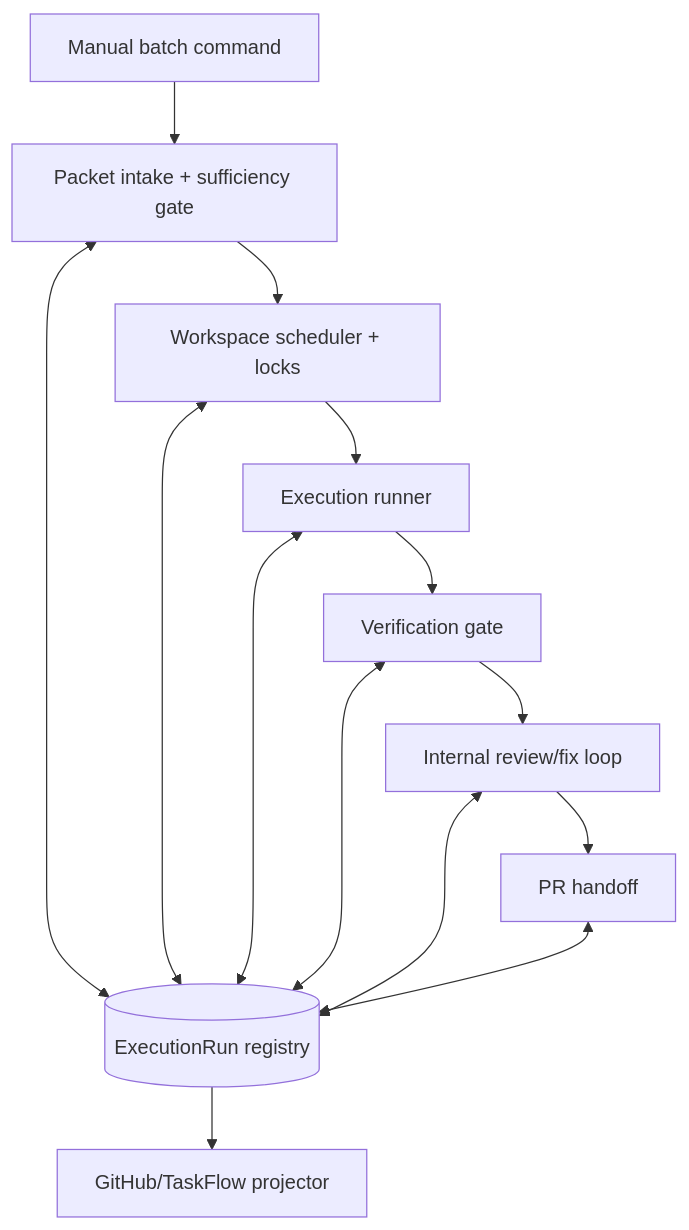
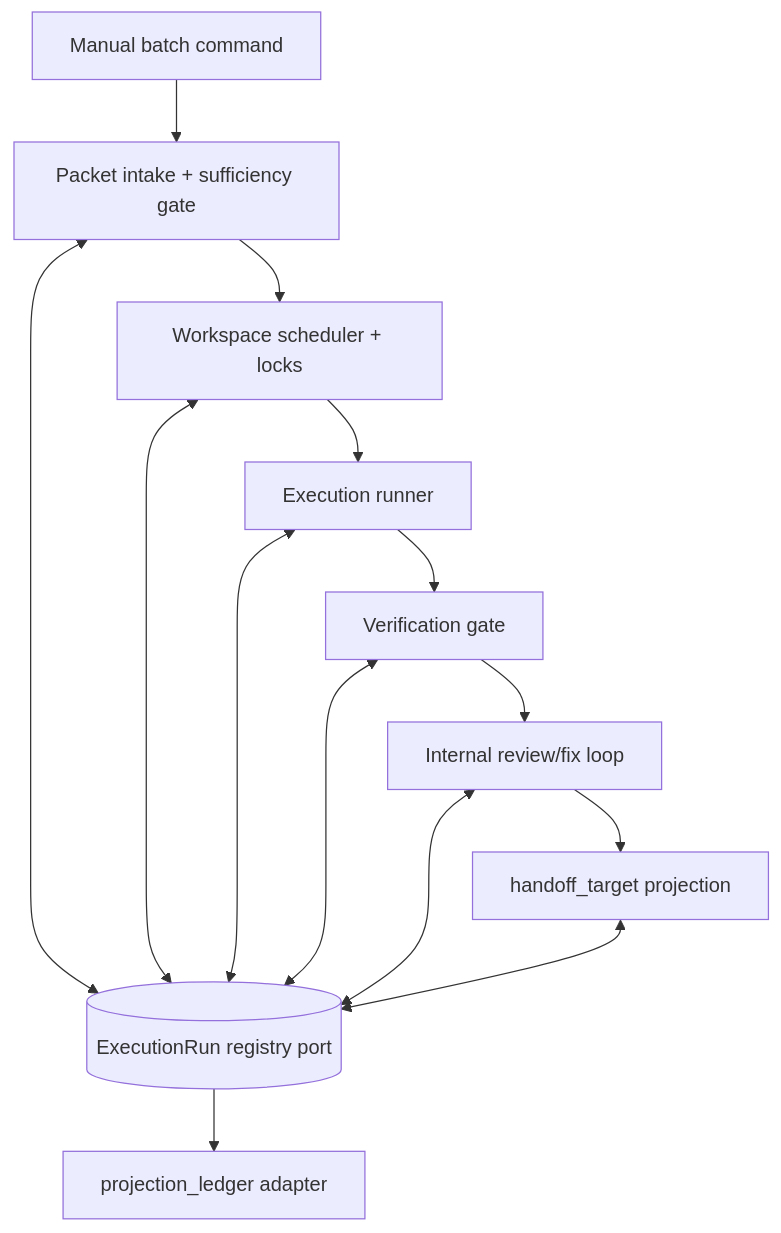
Before and after one commit to MrFlashAccount/Buran: the second of 2 diagrams in ARCHITECTURE.md, drawn with Mermaid. The commit also changed other lines of this file and 134 other files, not shown here.

````diff
--- a/ARCHITECTURE.md
+++ b/ARCHITECTURE.md
@@ -111,21 +111,21 @@
 ```mermaid
 flowchart TB
   Batch[Manual batch command]
   Intake[Packet intake + sufficiency gate]
   Scheduler[Workspace scheduler + locks]
   Runner[Execution runner]
   Verify[Verification gate]
   Review[Internal review/fix loop]
-  PR[PR handoff]
-  Registry[(ExecutionRun registry)]
-  Projection[GitHub/TaskFlow projector]
+  Handoff[handoff_target projection]
+  Registry[(ExecutionRun registry port)]
+  Projection[projection_ledger adapter]
 
-  Batch --> Intake --> Scheduler --> Runner --> Verify --> Review --> PR
+  Batch --> Intake --> Scheduler --> Runner --> Verify --> Review --> Handoff
   Intake <--> Registry
   Scheduler <--> Registry
   Runner <--> Registry
   Verify <--> Registry
   Review <--> Registry
-  PR <--> Registry
+  Handoff <--> Registry
   Registry --> Projection
 ```
````
